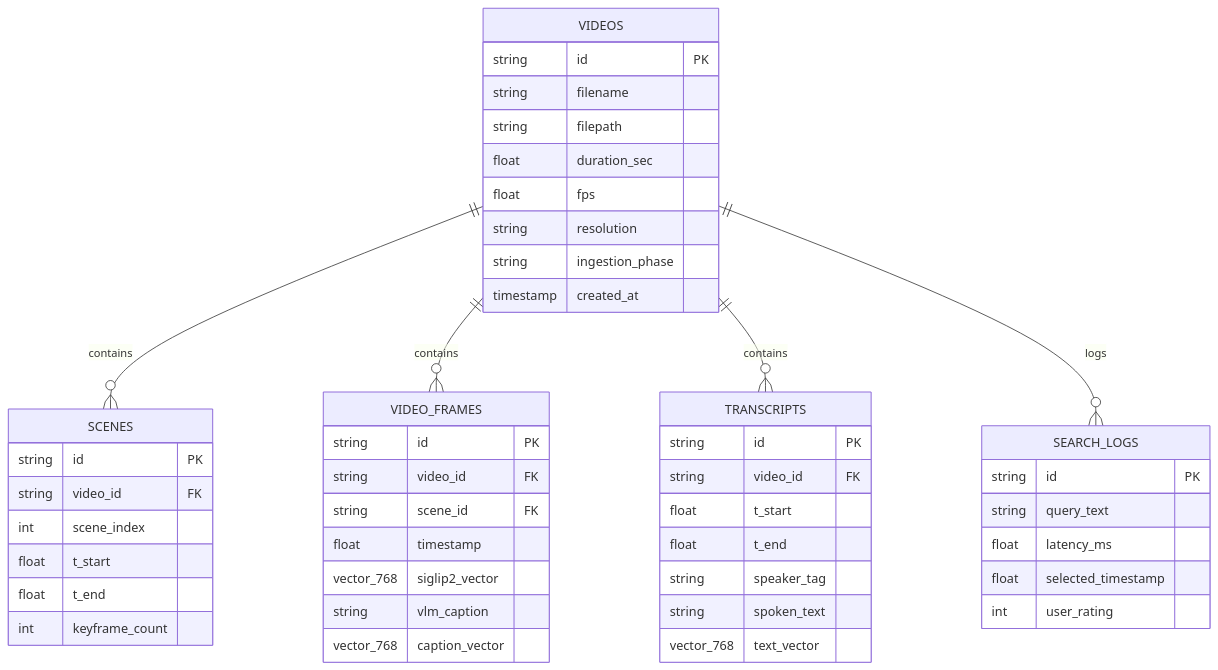
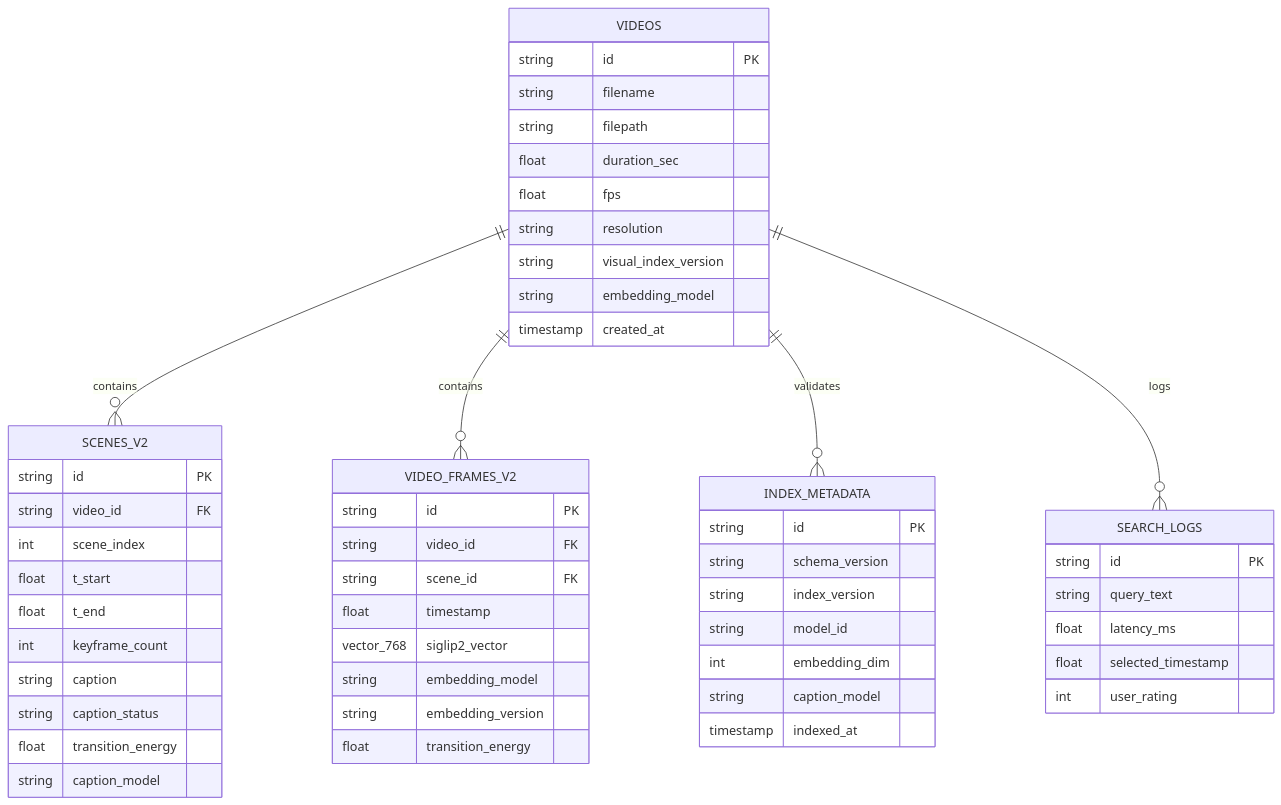
The diagram in Proposal.md (Bigzzz0/Hybrid-Multimodal-Video-Moment-Retrieval-Temporal-Localization), drawn with Mermaid before and after one commit. The commit also changed other lines of this file and 51 other files, not shown here.

Commit message:
Implement pure-visual hybrid video retrieval v2

````diff
--- a/Proposal.md
+++ b/Proposal.md
@@ -203,55 +197,61 @@
 ```mermaid
 erDiagram
-    VIDEOS ||--o{ SCENES : contains
-    VIDEOS ||--o{ VIDEO_FRAMES : contains
-    VIDEOS ||--o{ TRANSCRIPTS : contains
+    VIDEOS ||--o{ SCENES_V2 : contains
+    VIDEOS ||--o{ VIDEO_FRAMES_V2 : contains
+    VIDEOS ||--o{ INDEX_METADATA : validates
     VIDEOS ||--o{ SEARCH_LOGS : logs
 
     VIDEOS {
         string id PK
         string filename
         string filepath
         float duration_sec
         float fps
         string resolution
-        string ingestion_phase
+        string visual_index_version
+        string embedding_model
         timestamp created_at
     }
 
-    SCENES {
+    SCENES_V2 {
         string id PK
         string video_id FK
         int scene_index
         float t_start
         float t_end
         int keyframe_count
+        string caption
+        string caption_status
+        float transition_energy
+        string caption_model
     }
 
-    VIDEO_FRAMES {
+    VIDEO_FRAMES_V2 {
         string id PK
         string video_id FK
         string scene_id FK
         float timestamp
         vector_768 siglip2_vector
-        string vlm_caption
-        vector_768 caption_vector
+        string embedding_model
+        string embedding_version
+        float transition_energy
     }
 
-    TRANSCRIPTS {
+    INDEX_METADATA {
         string id PK
-        string video_id FK
-        float t_start
-        float t_end
-        string speaker_tag
-        string spoken_text
-        vector_768 text_vector
+        string schema_version
+        string index_version
+        string model_id
+        int embedding_dim
+        string caption_model
+        timestamp indexed_at
     }
 
     SEARCH_LOGS {
         string id PK
         string query_text
         float latency_ms
         float selected_timestamp
         int user_rating
     }
 ```
````
